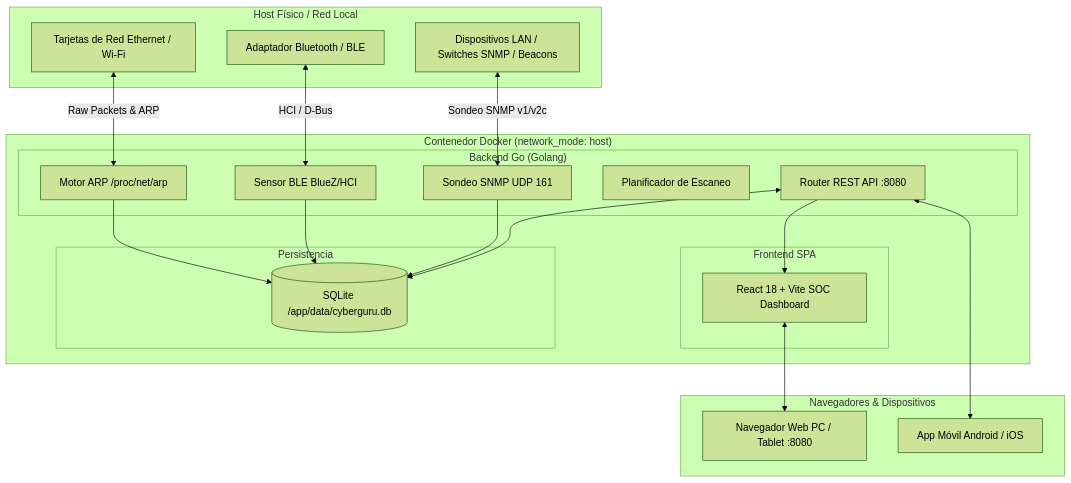
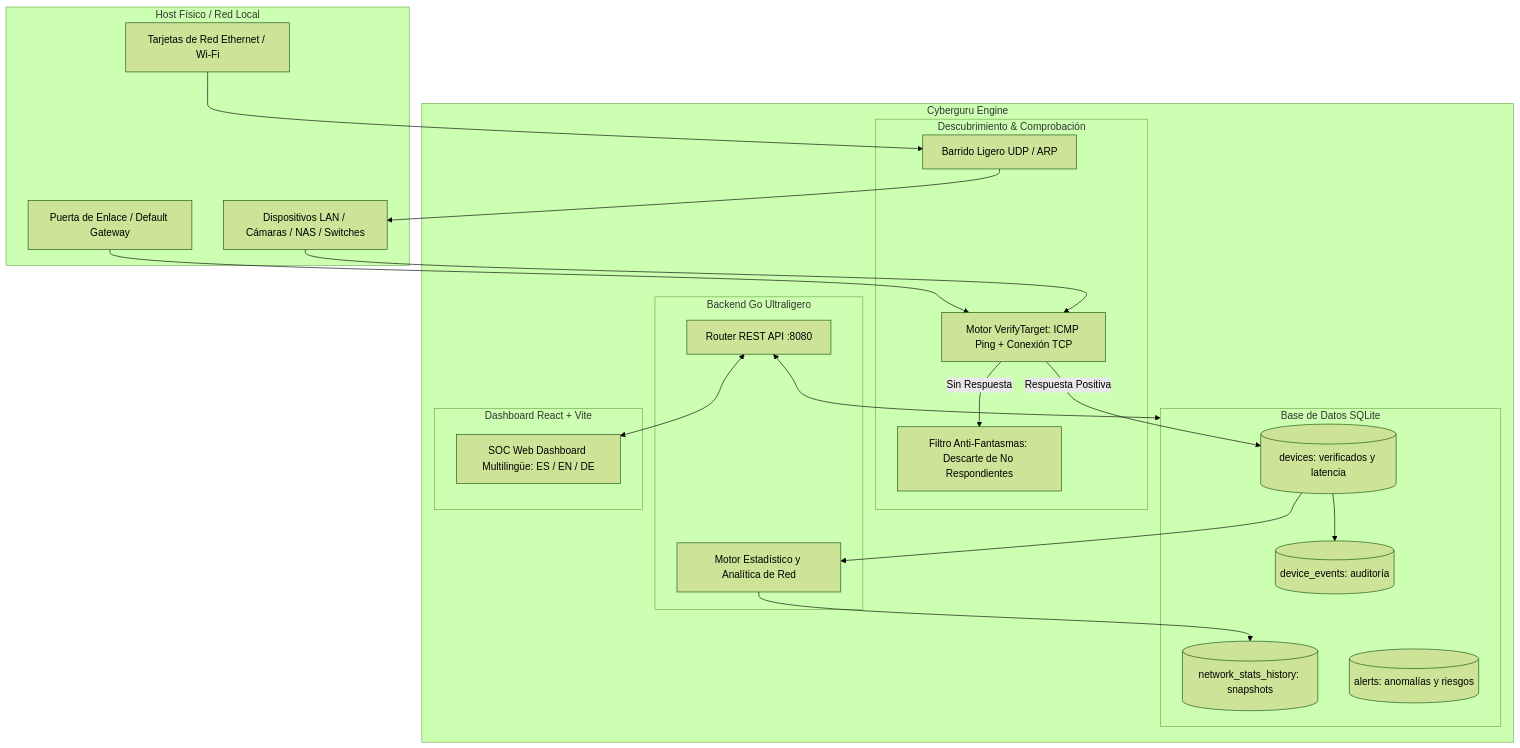
One commit to cast0rtech/Cyberguru changed the diagram in README.md. Above: the diagram before and after it, drawn with Mermaid (forest theme). The commit also changed other lines of this file and 50 other files, not shown here.

Commit message:
feat: real device inventory with active verification, sqlite stats engine, and multilingual dashboard (es/en/de)

````diff
--- a/README.md
+++ b/README.md
@@ -42,44 +43,44 @@
 ```mermaid
 graph TD
     subgraph Host["Host Físico / Red Local"]
         NET[Tarjetas de Red Ethernet / Wi-Fi]
-        BT[Adaptador Bluetooth / BLE]
-        DEVS[Dispositivos LAN / Switches SNMP / Beacons]
+        GW[Puerta de Enlace / Default Gateway]
+        DEVS[Dispositivos LAN / Cámaras / NAS / Switches]
     end
 
-    subgraph Docker["Contenedor Docker (network_mode: host)"]
-        subgraph Backend["Backend Go (Golang)"]
-            ARP[Motor ARP /proc/net/arp]
-            SNMP[Sondeo SNMP UDP 161]
-            BLE[Sensor BLE BlueZ/HCI]
-            SCHED[Planificador de Escaneo]
-            API[Router REST API :8080]
+    subgraph Cyberguru["Cyberguru Engine"]
+        subgraph Discovery["Descubrimiento & Comprobación"]
+            SWEEP[Barrido Ligero UDP / ARP]
+            VERIF[Motor VerifyTarget: ICMP Ping + Conexión TCP]
+            FILTER[Filtro Anti-Fantasmas: Descarte de No Respondientes]
         end
 
-        subgraph Storage["Persistencia"]
-            DB[(SQLite /app/data/cyberguru.db)]
+        subgraph Core["Backend Go Ultraligero"]
+            API[Router REST API :8080]
+            STATS[Motor Estadístico y Analítica de Red]
         end
 
-        subgraph Frontend["Frontend SPA"]
-            UI[React 18 + Vite SOC Dashboard]
+        subgraph DB["Base de Datos SQLite"]
+            T_DEVS[(devices: verificados y latencia)]
+            T_EVTS[(device_events: auditoría)]
+            T_SNAP[(network_stats_history: snapshots)]
+            T_ALRT[(alerts: anomalías y riesgos)]
+        end
+
+        subgraph UI["Dashboard React + Vite"]
+            SPA[SOC Web Dashboard Multilingüe: ES / EN / DE]
         end
     end
 
-    subgraph Clients["Navegadores & Dispositivos"]
-        BROWSER[Navegador Web PC / Tablet :8080]
-        MOBILE[App Móvil Android / iOS]
-    end
-
-    NET <-->|Raw Packets & ARP| ARP
-    DEVS <-->|Sondeo SNMP v1/v2c| SNMP
-    BT <-->|HCI / D-Bus| BLE
-
-    ARP --> DB
-    SNMP --> DB
-    BLE --> DB
-
+    NET --> SWEEP
+    SWEEP --> DEVS
+    DEVS --> VERIF
+    GW --> VERIF
+    VERIF -->|Respuesta Positiva| T_DEVS
+    VERIF -->|Sin Respuesta| FILTER
+    T_DEVS --> STATS
+    STATS --> T_SNAP
+    T_DEVS --> T_EVTS
     API <--> DB
-    API --> UI
-    UI <--> BROWSER
-    API <--> MOBILE
+    API <--> SPA
 ```
````
